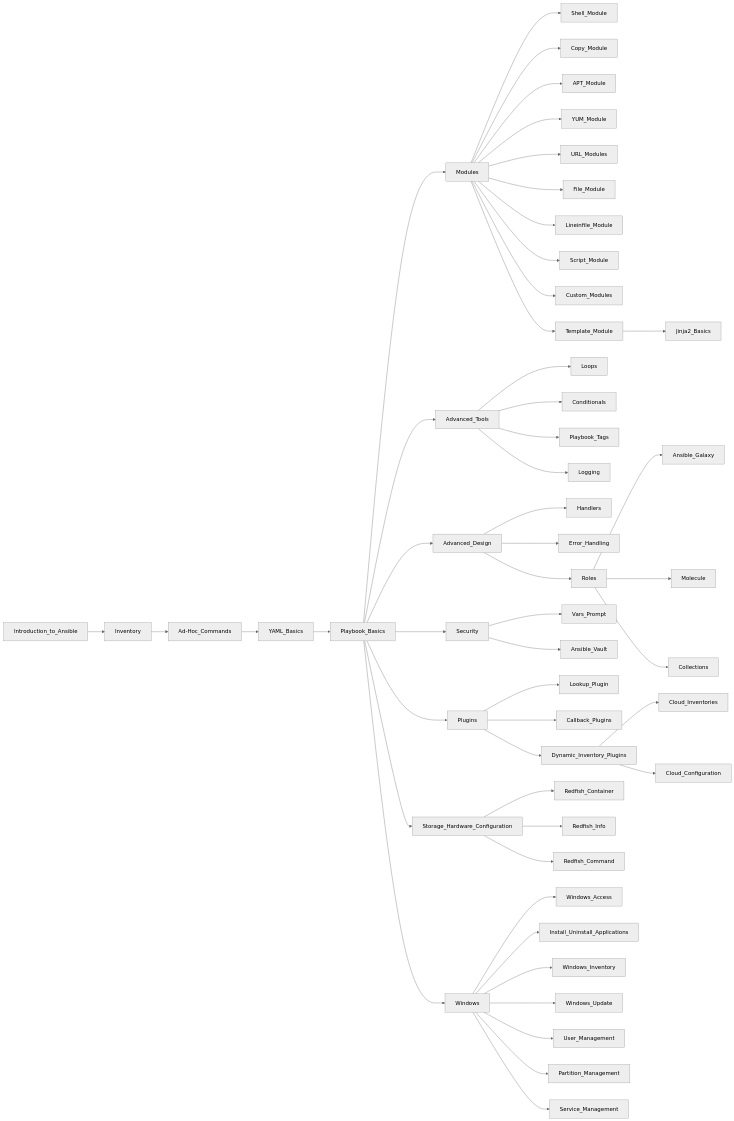
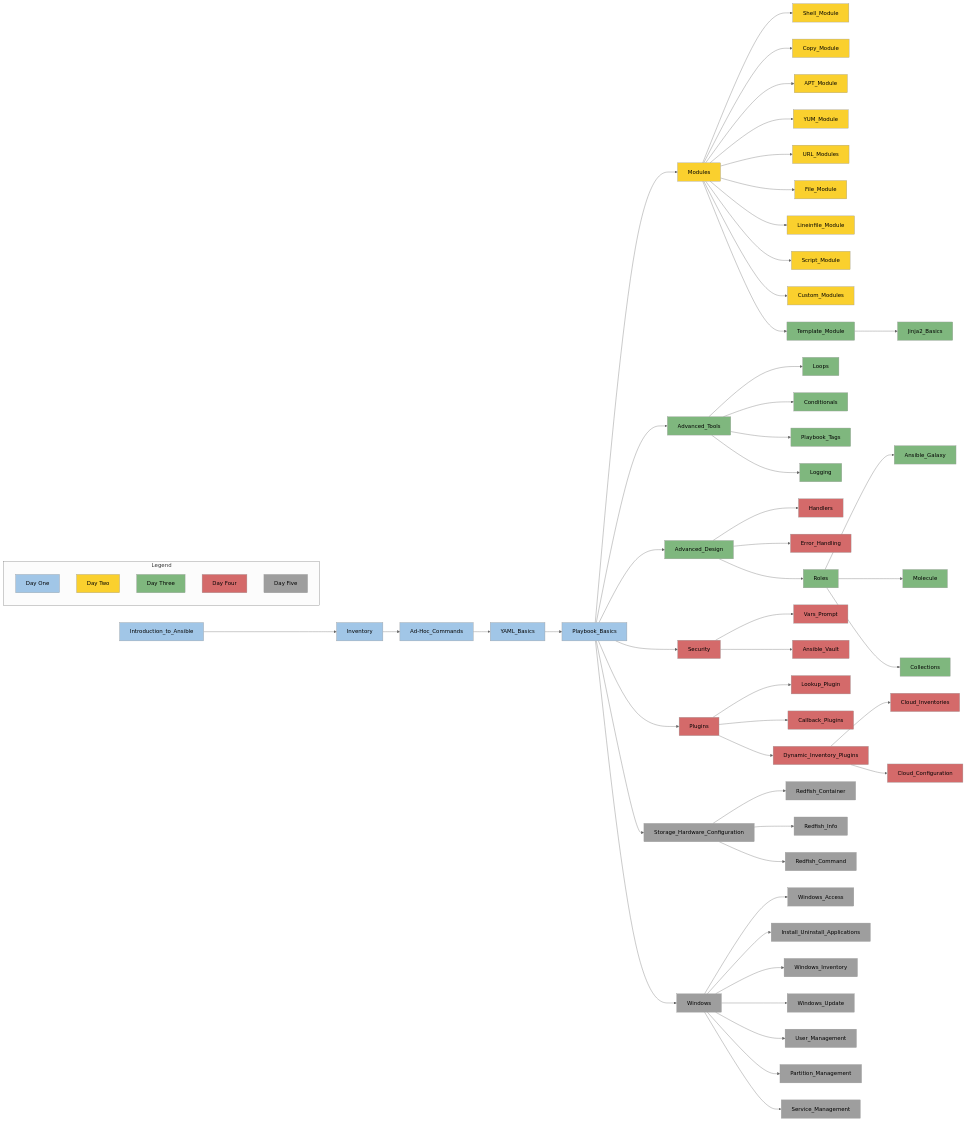
The diagram in windows_linux_flowchart.md (csfeeser/ansible_essentials), drawn with Mermaid (neutral theme) before and after one commit.

````diff
--- a/windows_linux_flowchart.md
+++ b/windows_linux_flowchart.md
@@ -1,61 +1,124 @@
 ```mermaid
 flowchart LR
     Introduction_to_Ansible --> Inventory
+    style Introduction_to_Ansible fill:#A1C6E7,color:black
     Inventory --> Ad-Hoc_Commands
+    style Inventory fill:#A1C6E7,color:black
     Ad-Hoc_Commands --> YAML_Basics
+    style Ad-Hoc_Commands fill:#A1C6E7,color:black
     YAML_Basics --> Playbook_Basics
+    style YAML_Basics fill:#A1C6E7,color:black
 
     Playbook_Basics --> Modules
+    style Playbook_Basics fill:#A1C6E7,color:black
     Modules --> Shell_Module
+    style Modules fill:#FAD02E,color:black
     Modules --> Copy_Module
+    style Shell_Module fill:#FAD02E,color:black
     Modules --> APT_Module
+    style Copy_Module fill:#FAD02E,color:black
     Modules --> YUM_Module
+    style APT_Module fill:#FAD02E,color:black
     Modules --> URL_Modules
+    style YUM_Module fill:#FAD02E,color:black
     Modules --> File_Module
+    style URL_Modules fill:#FAD02E,color:black
     Modules --> Lineinfile_Module
+    style File_Module fill:#FAD02E,color:black
     Modules --> Script_Module
+    style Lineinfile_Module fill:#FAD02E,color:black
     Modules --> Custom_Modules
+    style Script_Module fill:#FAD02E,color:black
     Modules --> Template_Module
+    style Custom_Modules fill:#FAD02E,color:black
     Template_Module --> Jinja2_Basics
+    style Template_Module fill:#7FB77E,color:black
+    style Jinja2_Basics fill:#7FB77E,color:black
 
     Playbook_Basics --> Advanced_Tools
+    style Advanced_Tools fill:#7FB77E,color:black
     Advanced_Tools --> Loops
+    style Loops fill:#7FB77E,color:black
     Advanced_Tools --> Conditionals
+    style Conditionals fill:#7FB77E,color:black
     Advanced_Tools --> Playbook_Tags
+    style Playbook_Tags fill:#7FB77E,color:black
     Advanced_Tools --> Logging
+    style Logging fill:#7FB77E,color:black
 
     Playbook_Basics --> Advanced_Design
+    style Advanced_Design fill:#7FB77E,color:black
     Advanced_Design --> Handlers
+    style Handlers fill:#D46A6A,color:black
     Advanced_Design --> Error_Handling
+    style Error_Handling fill:#D46A6A,color:black
     Advanced_Design --> Roles
+    style Roles fill:#7FB77E,color:black
     Roles --> Ansible_Galaxy
+    style Ansible_Galaxy fill:#7FB77E,color:black
     Roles --> Molecule
+    style Molecule fill:#7FB77E,color:black
     Roles --> Collections
+    style Collections fill:#7FB77E,color:black
 
     Playbook_Basics --> Security
+    style Security fill:#D46A6A,color:black
     Security --> Vars_Prompt
+    style Vars_Prompt fill:#D46A6A,color:black
     Security --> Ansible_Vault
+    style Ansible_Vault fill:#D46A6A,color:black
 
     Playbook_Basics --> Plugins
+    style Plugins fill:#D46A6A,color:black
     Plugins --> Lookup_Plugin
+    style Lookup_Plugin fill:#D46A6A,color:black
     Plugins --> Callback_Plugins
+    style Callback_Plugins fill:#D46A6A,color:black
     Plugins --> Dynamic_Inventory_Plugins
+    style Dynamic_Inventory_Plugins fill:#D46A6A,color:black
 
     Dynamic_Inventory_Plugins --> Cloud_Inventories
+    style Cloud_Inventories fill:#D46A6A,color:black
     Dynamic_Inventory_Plugins --> Cloud_Configuration
+    style Cloud_Configuration fill:#D46A6A,color:black
 
     Playbook_Basics --> Storage_Hardware_Configuration
+    style Storage_Hardware_Configuration fill:#9E9E9E,color:black
     Storage_Hardware_Configuration --> Redfish_Container
+    style Redfish_Container fill:#9E9E9E,color:black
     Storage_Hardware_Configuration --> Redfish_Info
+    style Redfish_Info fill:#9E9E9E,color:black
     Storage_Hardware_Configuration --> Redfish_Command
+    style Redfish_Command fill:#9E9E9E,color:black
 
     Playbook_Basics --> Windows
+    style Windows fill:#9E9E9E,color:black
     Windows --> Windows_Access
+    style Windows_Access fill:#9E9E9E,color:black
     Windows --> Install_Uninstall_Applications
+    style Install_Uninstall_Applications fill:#9E9E9E,color:black
     Windows --> Windows_Inventory
+    style Windows_Inventory fill:#9E9E9E,color:black
     Windows --> Windows_Update
+    style Windows_Update fill:#9E9E9E,color:black
     Windows --> User_Management
+    style User_Management fill:#9E9E9E,color:black
     Windows --> Partition_Management
+    style Partition_Management fill:#9E9E9E,color:black
     Windows --> Service_Management
+    style Service_Management fill:#9E9E9E,color:black
+
+    subgraph Legend
+        L1["<span style=&quot;color:black;&quot;>Day One</span>"]
+        style L1 fill:#A1C6E7
+        L2["<span style=&quot;color:black;&quot;>Day Two</span>"]
+        style L2 fill:#FAD02E
+        L3["<span style=&quot;color:black;&quot;>Day Three</span>"]
+        style L3 fill:#7FB77E
+        L4["<span style=&quot;color:black;&quot;>Day Four</span>"]
+        style L4 fill:#D46A6A
+        L5["<span style=&quot;color:black;&quot;>Day Five</span>"]
+        style L5 fill:#9E9E9E
+    end
 
 ```
````
